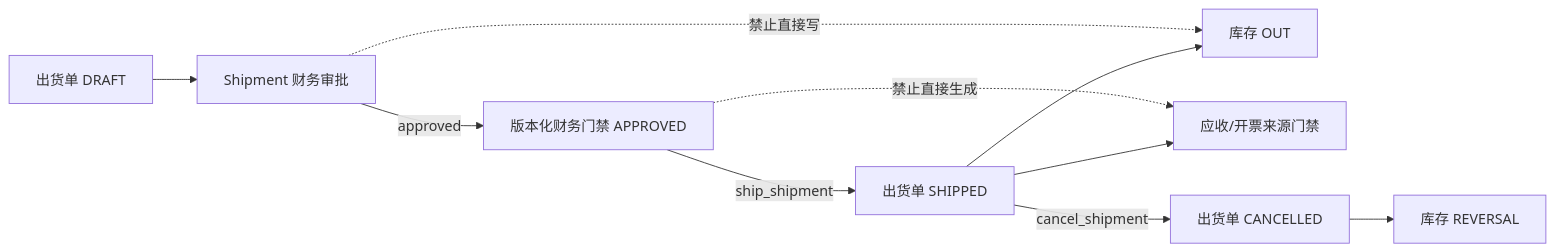
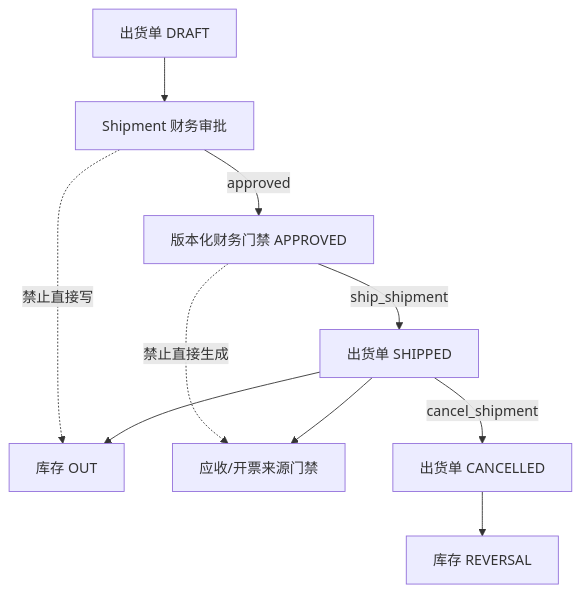
One commit to saurick/plush-toy-erp changed the diagram in docs/architecture/状态工作流事实边界.md. Above: the diagram before and after it, drawn with Mermaid. The commit also changed 296 other files, not shown here.

Commit message:
feat(erp): 完善业务办理、产品图片和岗位权限

````diff
--- a/docs/architecture/状态工作流事实边界.md
+++ b/docs/architecture/状态工作流事实边界.md
@@ -186,13 +186,13 @@
 ```mermaid
-flowchart LR
+flowchart TB
   shipment["出货单 DRAFT"] --> approval["Shipment 财务审批"]
   approval -->|approved| release["版本化财务门禁 APPROVED"]
   release -->|ship_shipment| shipped["出货单 SHIPPED"]
   shipped --> out["库存 OUT"]
   shipped --> financeGate["应收/开票来源门禁"]
   shipped -->|cancel_shipment| cancelled["出货单 CANCELLED"]
   cancelled --> reversal["库存 REVERSAL"]
 
   approval -.禁止直接写.-> out
   release -.禁止直接生成.-> financeGate
 ```
````
